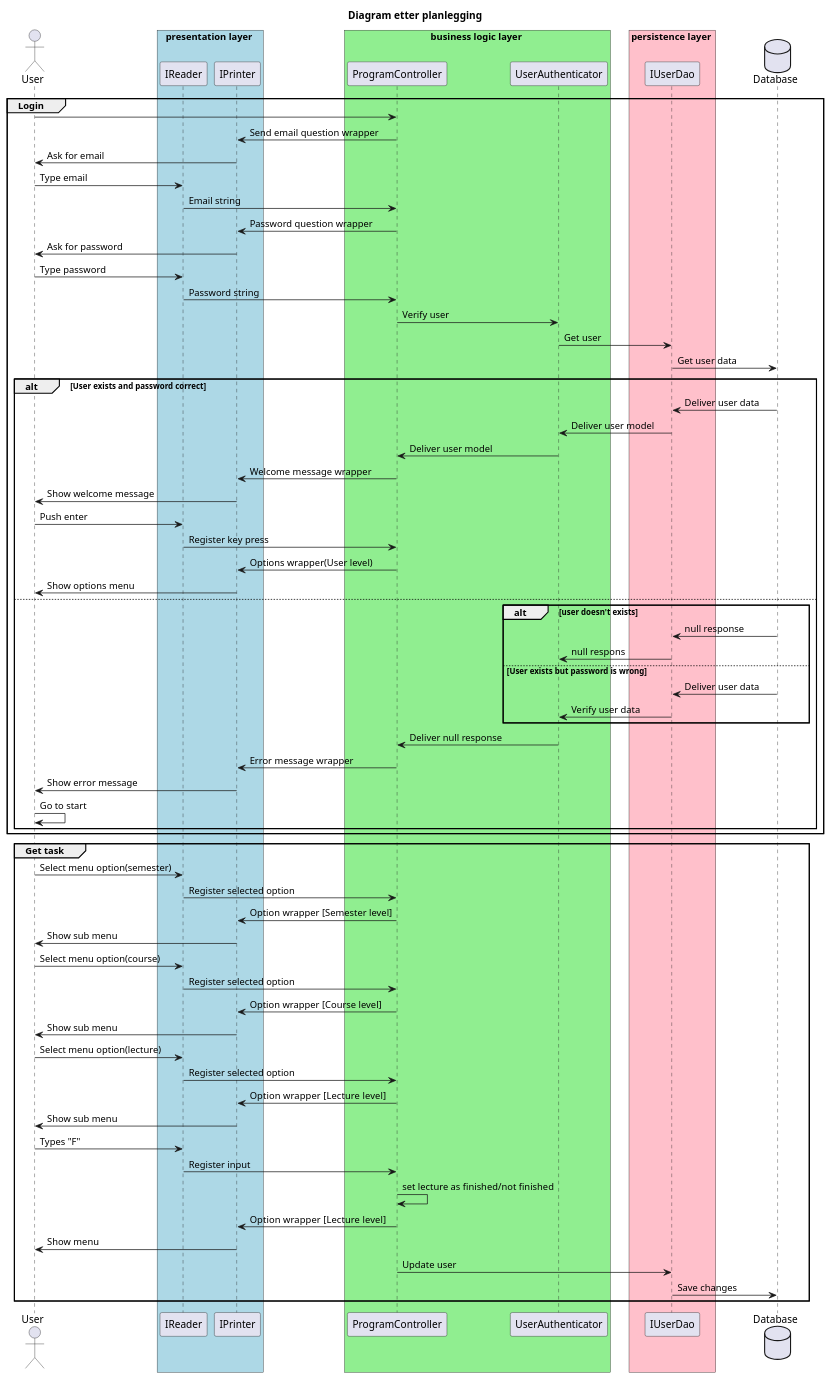
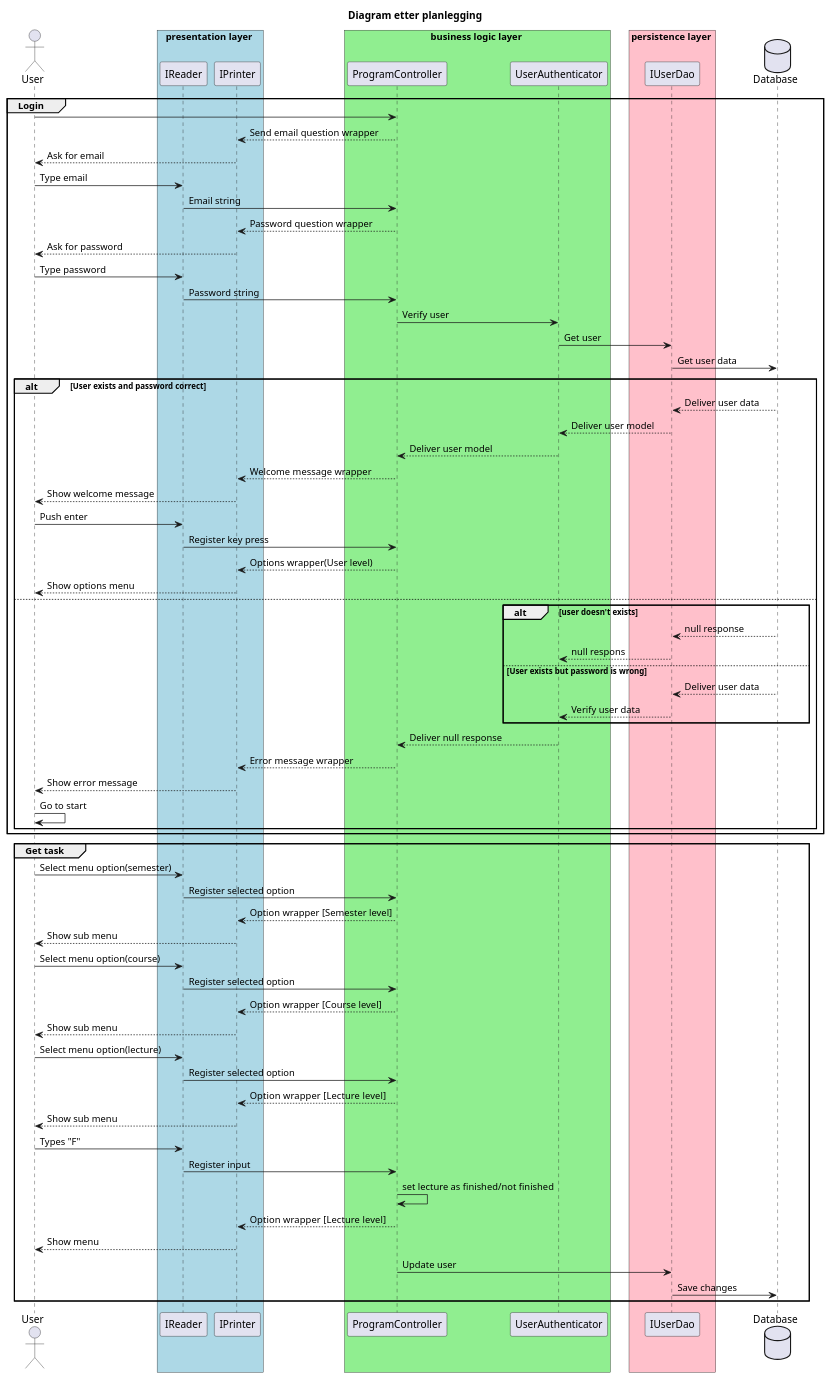
One commit to mariebmo-edu/pg3302-software-design-eksamen changed the diagram in documentation/SequenceDiagram_Final.puml. Above: the diagram before and after it, drawn with PlantUML.

Commit message:
added colors

```diff
--- a/documentation/SequenceDiagram_Final.puml
+++ b/documentation/SequenceDiagram_Final.puml
@@ -1,86 +1,88 @@
 @startuml
+skinparam SequenceGroupBodyBackgroundColor #FFFFFF00
 title Diagram etter planlegging
 
 actor User
 box presentation layer #lightblue
     participant IReader
     participant IPrinter
 end box
 box business logic layer #lightgreen
-participant ProgramController
-participant UserAuthenticator
+    participant ProgramController
+    participant UserAuthenticator
 end box
 
 box persistence layer #pink 
-participant IUserDao
+    participant IUserDao
 end box
+
 database Database
 
 group Login
 
 	User->ProgramController
-	IPrinter<-ProgramController:Send email question wrapper 
-	User<-IPrinter:Ask for email
+	IPrinter<--ProgramController:Send email question wrapper 
+	User<--IPrinter:Ask for email
     User->IReader:Type email
     IReader->ProgramController:Email string
-	ProgramController->IPrinter:Password question wrapper
-	IPrinter->User:Ask for password
+	ProgramController-->IPrinter:Password question wrapper
+	IPrinter-->User:Ask for password
 	User->IReader:Type password
 	IReader->ProgramController:Password string
 	ProgramController->UserAuthenticator: Verify user
 	UserAuthenticator->IUserDao: Get user
 	IUserDao->Database:Get user data
 	
 	
 	alt User exists and password correct
-	    Database->IUserDao:Deliver user data
-	    IUserDao->UserAuthenticator: Deliver user model
-	    UserAuthenticator->ProgramController:Deliver user model
-	    ProgramController->IPrinter: Welcome message wrapper
-	    IPrinter->User: Show welcome message
+	    Database-->IUserDao:Deliver user data
+	    IUserDao-->UserAuthenticator: Deliver user model
+	    UserAuthenticator-->ProgramController:Deliver user model
+	    ProgramController-->IPrinter: Welcome message wrapper
+	    IPrinter-->User: Show welcome message
 	    User->IReader: Push enter
 	    IReader->ProgramController: Register key press
-	    ProgramController->IPrinter:Options wrapper(User level)
-	    IPrinter->User: Show options menu
+	    ProgramController-->IPrinter:Options wrapper(User level)
+	    IPrinter-->User: Show options menu
     else 
         alt user doesn't exists
-	        Database->IUserDao: null response
-	        IUserDao->UserAuthenticator: null respons
+	        Database-->IUserDao: null response
+	        IUserDao-->UserAuthenticator: null respons
         else User exists but password is wrong
-            Database->IUserDao: Deliver user data
-            IUserDao->UserAuthenticator: Verify user data
+            Database-->IUserDao: Deliver user data
+            IUserDao-->UserAuthenticator: Verify user data
         end
-        UserAuthenticator->ProgramController: Deliver null response
-        ProgramController->IPrinter: Error message wrapper
-        IPrinter->User: Show error message
+        UserAuthenticator-->ProgramController: Deliver null response
+        ProgramController-->IPrinter: Error message wrapper
+        IPrinter-->User: Show error message
         User->User:Go to start
 	end
 end
 
 group Get task
     User->IReader: Select menu option(semester)
     IReader->ProgramController: Register selected option
-    ProgramController->IPrinter: Option wrapper [Semester level] 
-    IPrinter->User: Show sub menu
+    ProgramController-->IPrinter: Option wrapper [Semester level] 
+    IPrinter-->User: Show sub menu
     
     User->IReader: Select menu option(course)
     IReader->ProgramController: Register selected option
-    ProgramController->IPrinter: Option wrapper [Course level] 
-    IPrinter->User: Show sub menu
+    ProgramController-->IPrinter: Option wrapper [Course level] 
+    IPrinter-->User: Show sub menu
     
     User->IReader: Select menu option(lecture)
     IReader->ProgramController: Register selected option
-    ProgramController->IPrinter: Option wrapper  [Lecture level]
-    IPrinter->User: Show sub menu
+    ProgramController-->IPrinter: Option wrapper  [Lecture level]
+    IPrinter-->User: Show sub menu
     User->IReader: Types "F"
     IReader->ProgramController: Register input 
     ProgramController->ProgramController:set lecture as finished/not finished
-    ProgramController->IPrinter: Option wrapper  [Lecture level]
-    IPrinter->User: Show menu
+    ProgramController-->IPrinter: Option wrapper  [Lecture level]
+    IPrinter-->User: Show menu
     ProgramController->IUserDao:Update user
     IUserDao->Database:Save changes
         
 end
 
 
 @enduml
```
